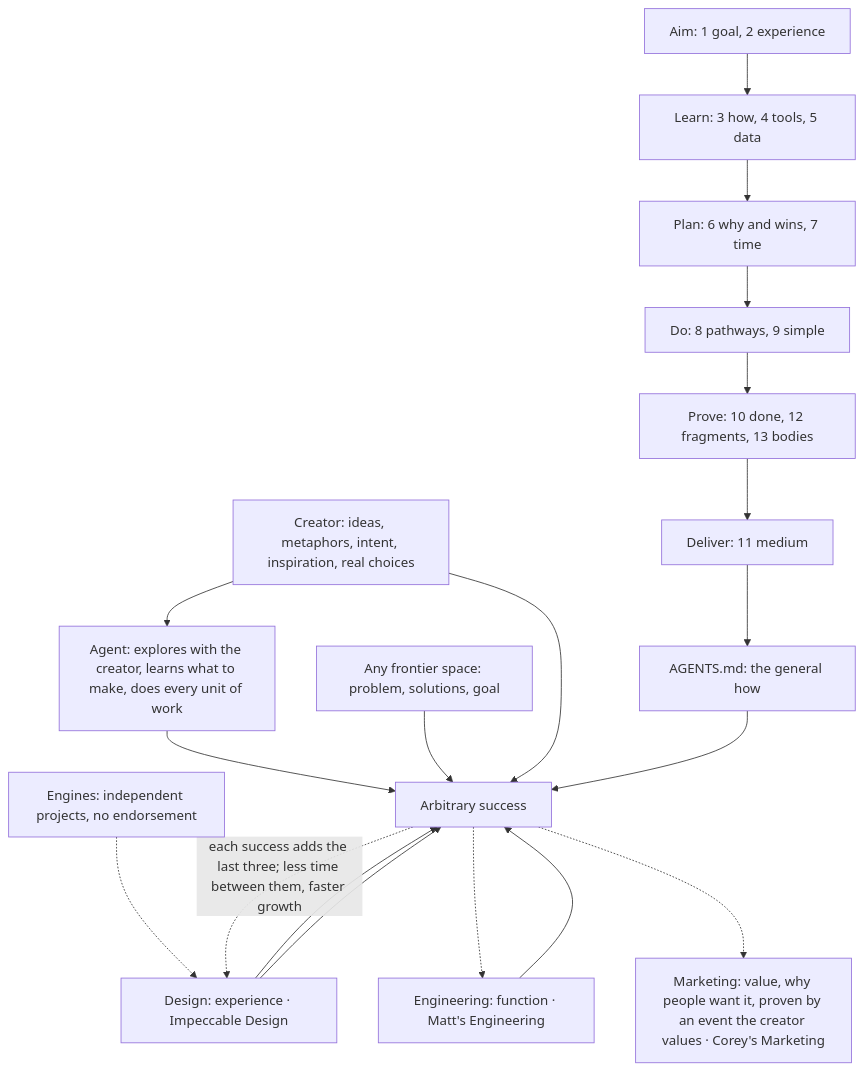
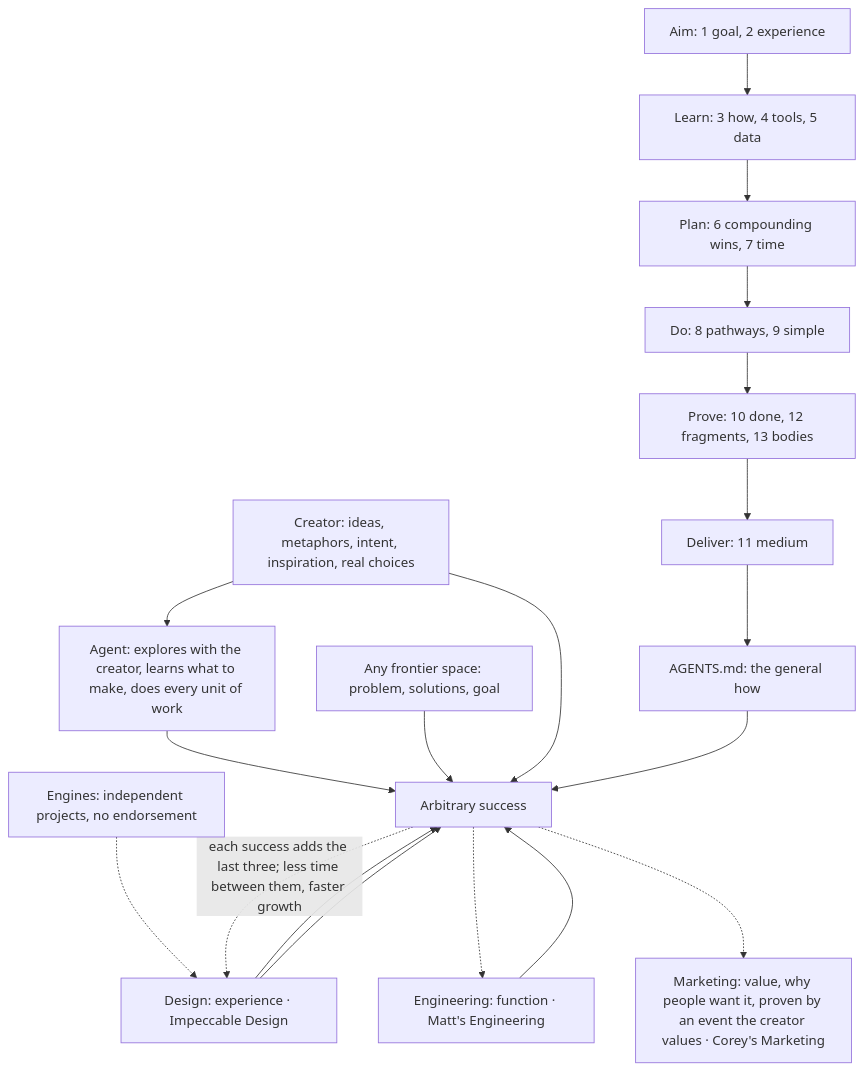
The first of 14 diagrams in AGENTS.md (SolenixAI/arbiter), drawn with Mermaid before and after one commit. The commit also changed other lines of this file and 1 other file, not shown here.

First line of the commit message:
docs(agents): section 6 becomes Compounding wins, the three-body ratchet

````diff
--- a/AGENTS.md
+++ b/AGENTS.md
@@ -44,16 +44,16 @@
 ```mermaid
 flowchart TD
-  A[Aim: 1 goal, 2 experience] --> L[Learn: 3 how, 4 tools, 5 data] --> P[Plan: 6 why and wins, 7 time] --> D[Do: 8 pathways, 9 simple] --> V[Prove: 10 done, 12 fragments, 13 bodies] --> O[Deliver: 11 medium] --> F[AGENTS.md: the general how]
+  A[Aim: 1 goal, 2 experience] --> L[Learn: 3 how, 4 tools, 5 data] --> P[Plan: 6 compounding wins, 7 time] --> D[Do: 8 pathways, 9 simple] --> V[Prove: 10 done, 12 fragments, 13 bodies] --> O[Deliver: 11 medium] --> F[AGENTS.md: the general how]
   CR[Creator: ideas, metaphors, intent, inspiration, real choices] --> AG[Agent: explores with the creator, learns what to make, does every unit of work]
   AG --> S[Arbitrary success]
   FS["Any frontier space: problem, solutions, goal"] --> S
   CR --> S
   F --> S
   DS[Design: experience · Impeccable Design] --> S
   EG[Engineering: function · Matt's Engineering] --> S
   SL[Marketing: value, why people want it, proven by an event the creator values · Corey's Marketing]
   EN[Engines: independent projects, no endorsement] -.-> DS --> S
   S -.->|"each success adds the last three; less time between them, faster growth"| DS
   S -.-> EG
   S -.-> SL
 ```
````
